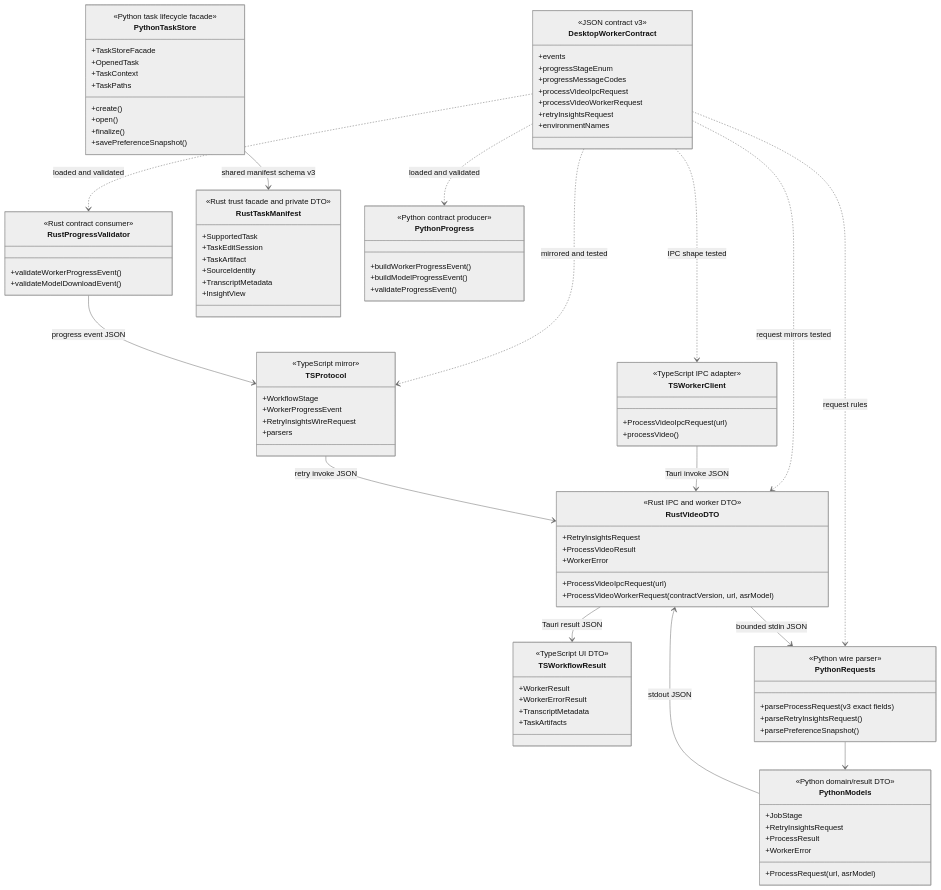
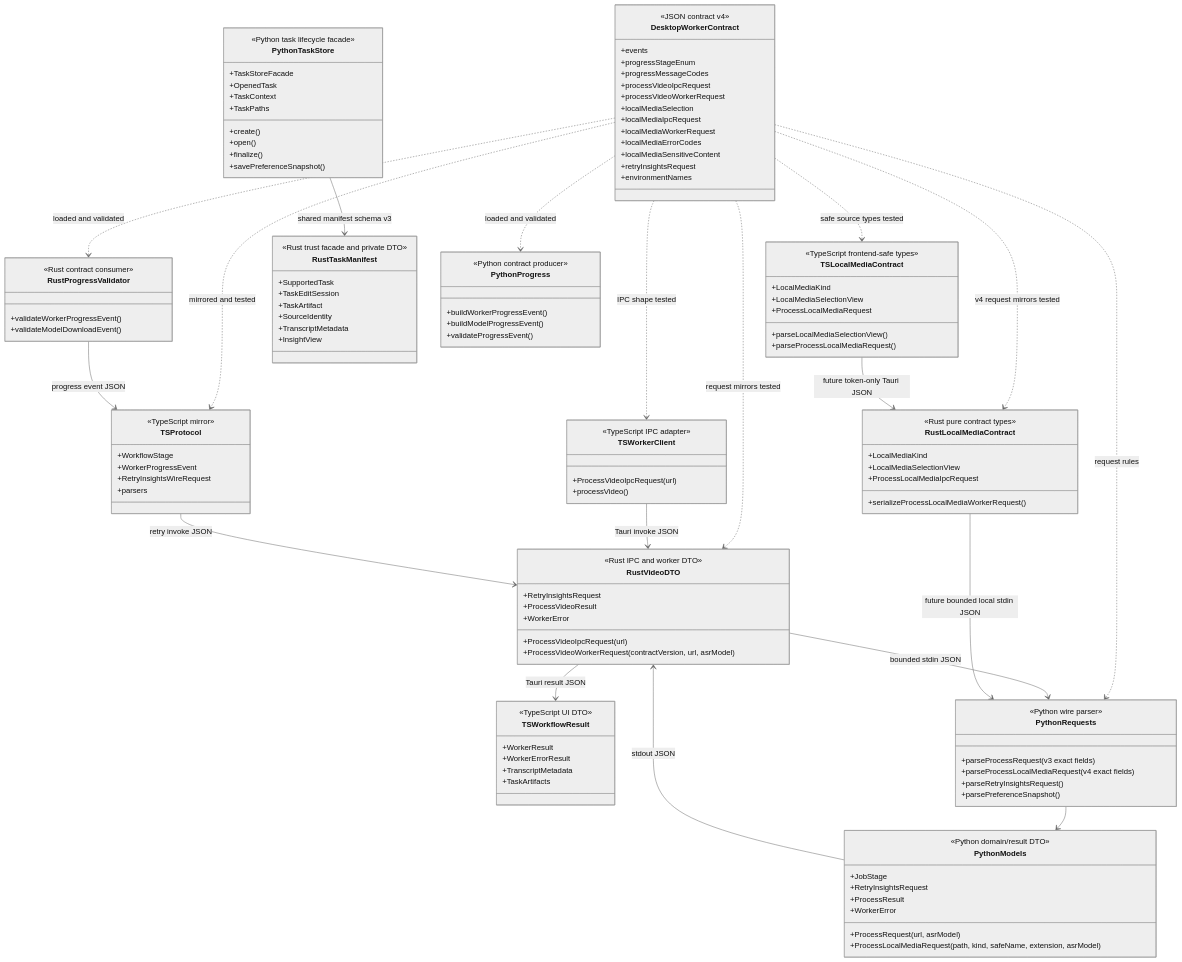
One commit to jiabai/FrameQ changed the third of 9 diagrams in docs/design-docs/frameq-code-audit-uml.md. Above: the diagram before and after it, drawn with Mermaid (neutral theme). The commit also changed other lines of this file and 21 other files, not shown here.

Commit message:
feat: define local media contract v4

````diff
--- a/docs/design-docs/frameq-code-audit-uml.md
+++ b/docs/design-docs/frameq-code-audit-uml.md
@@ -613,12 +613,17 @@
 ```mermaid
 classDiagram
   class DesktopWorkerContract {
-    <<JSON contract v3>>
+    <<JSON contract v4>>
     +events
     +progressStageEnum
     +progressMessageCodes
     +processVideoIpcRequest
     +processVideoWorkerRequest
+    +localMediaSelection
+    +localMediaIpcRequest
+    +localMediaWorkerRequest
+    +localMediaErrorCodes
+    +localMediaSensitiveContent
     +retryInsightsRequest
     +environmentNames
   }
@@ -637,6 +642,15 @@
     +processVideo()
   }
 
+  class TSLocalMediaContract {
+    <<TypeScript frontend-safe types>>
+    +LocalMediaKind
+    +LocalMediaSelectionView
+    +ProcessLocalMediaRequest
+    +parseLocalMediaSelectionView()
+    +parseProcessLocalMediaRequest()
+  }
+
   class TSWorkflowResult {
     <<TypeScript UI DTO>>
     +WorkerResult
@@ -652,6 +666,14 @@
     +RetryInsightsRequest
     +ProcessVideoResult
     +WorkerError
+  }
+
+  class RustLocalMediaContract {
+    <<Rust pure contract types>>
+    +LocalMediaKind
+    +LocalMediaSelectionView
+    +ProcessLocalMediaIpcRequest
+    +serializeProcessLocalMediaWorkerRequest()
   }
 
   class RustProgressValidator {
@@ -673,6 +695,7 @@
   class PythonRequests {
     <<Python wire parser>>
     +parseProcessRequest(v3 exact fields)
+    +parseProcessLocalMediaRequest(v4 exact fields)
     +parseRetryInsightsRequest()
     +parsePreferenceSnapshot()
   }
@@ -681,6 +704,7 @@
     <<Python domain/result DTO>>
     +JobStage
     +ProcessRequest(url, asrModel)
+    +ProcessLocalMediaRequest(path, kind, safeName, extension, asrModel)
     +RetryInsightsRequest
     +ProcessResult
     +WorkerError
@@ -706,15 +730,19 @@
   }
 
   DesktopWorkerContract ..> TSProtocol : mirrored and tested
+  DesktopWorkerContract ..> TSLocalMediaContract : safe source types tested
   DesktopWorkerContract ..> TSWorkerClient : IPC shape tested
   DesktopWorkerContract ..> RustVideoDTO : request mirrors tested
+  DesktopWorkerContract ..> RustLocalMediaContract : v4 request mirrors tested
   DesktopWorkerContract ..> RustProgressValidator : loaded and validated
   DesktopWorkerContract ..> PythonProgress : loaded and validated
   DesktopWorkerContract ..> PythonRequests : request rules
   TSWorkerClient --> RustVideoDTO : Tauri invoke JSON
+  TSLocalMediaContract --> RustLocalMediaContract : future token-only Tauri JSON
   TSProtocol --> RustVideoDTO : retry invoke JSON
   RustProgressValidator --> TSProtocol : progress event JSON
   RustVideoDTO --> PythonRequests : bounded stdin JSON
+  RustLocalMediaContract --> PythonRequests : future bounded local stdin JSON
   PythonRequests --> PythonModels
   PythonModels --> RustVideoDTO : stdout JSON
   RustVideoDTO --> TSWorkflowResult : Tauri result JSON
````
